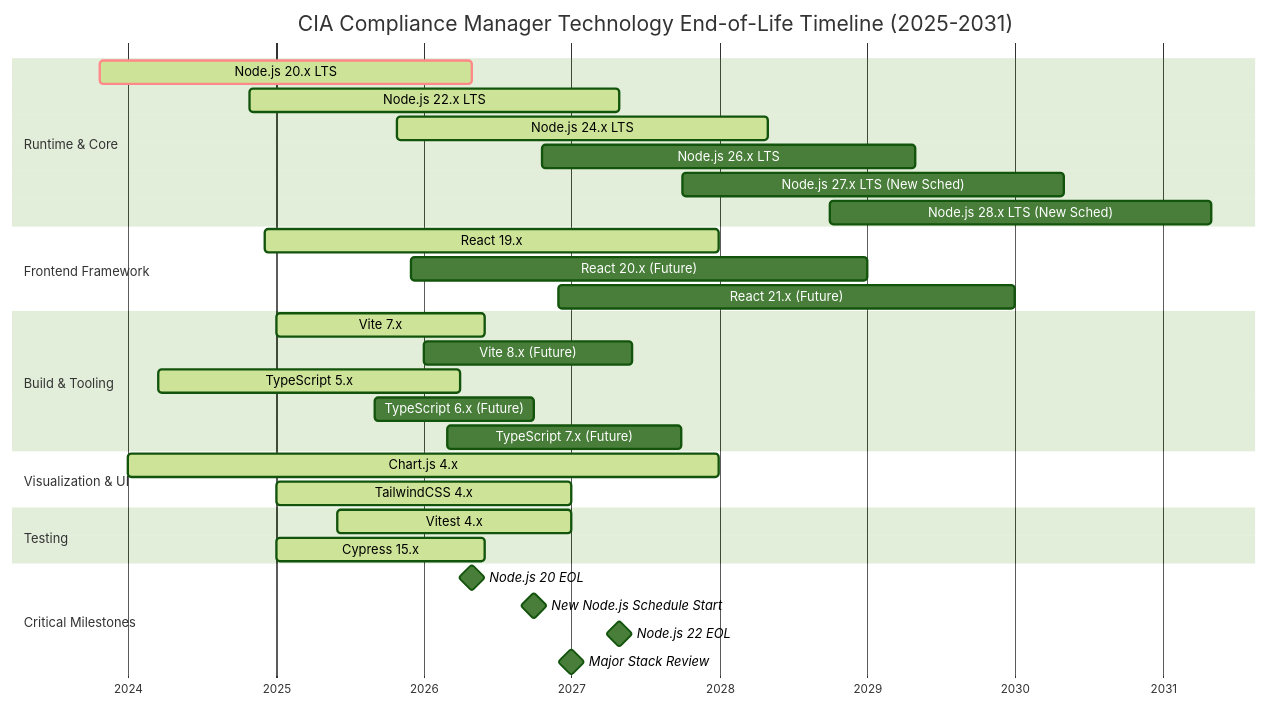
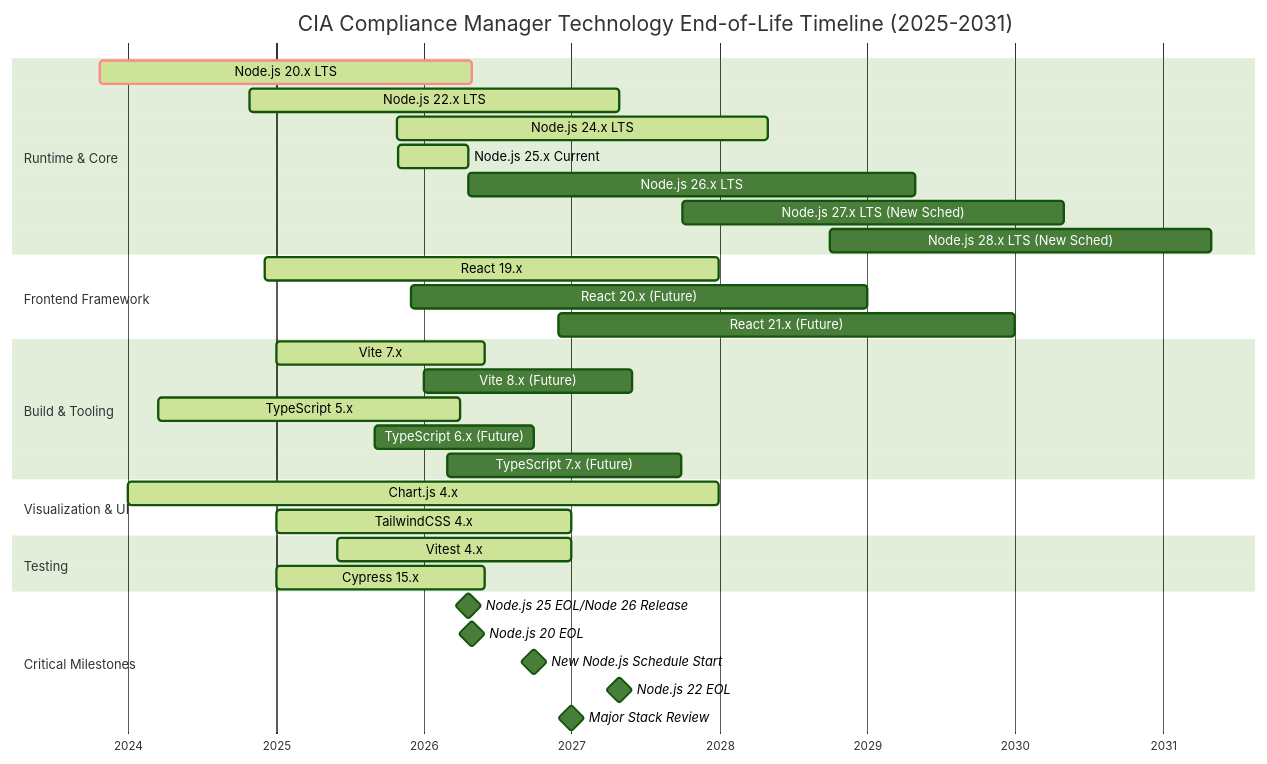
The fourth of 9 diagrams in docs/End-of-Life-Strategy.md (Hack23/cia-compliance-manager), drawn with Mermaid (forest theme) before and after one commit. The commit also changed other lines of this file and 11 other files, not shown here.

````diff
--- a/docs/End-of-Life-Strategy.md
+++ b/docs/End-of-Life-Strategy.md
@@ -299,40 +341,42 @@
 ```mermaid
 gantt
     title CIA Compliance Manager Technology End-of-Life Timeline (2025-2031)
     dateFormat YYYY-MM-DD
     axisFormat %Y
 
     section Runtime & Core
     Node.js 20.x LTS          :crit, active, node20, 2023-10-24, 2026-04-30
     Node.js 22.x LTS          :active, node22, 2024-10-29, 2027-04-30
     Node.js 24.x LTS          :active, node24, 2025-10-28, 2028-04-30
-    Node.js 26.x LTS          :node26, 2026-10-20, 2029-04-30
+    Node.js 25.x Current      :active, node25, 2025-10-29, 2026-04-21
+    Node.js 26.x LTS          :node26, 2026-04-21, 2029-04-30
     Node.js 27.x LTS (New Sched) :node27, 2027-10-01, 2030-04-30
     Node.js 28.x LTS (New Sched) :node28, 2028-10-01, 2031-04-30
 
     section Frontend Framework
     React 19.x                :active, react19, 2024-12-05, 2027-12-31
     React 20.x (Future)       :react20, 2025-12-01, 2028-12-31
     React 21.x (Future)       :react21, 2026-12-01, 2029-12-31
 
     section Build & Tooling
     Vite 7.x                  :active, vite7, 2025-01-01, 2026-06-01
     Vite 8.x (Future)         :vite8, 2026-01-01, 2027-06-01
     TypeScript 5.x            :active, ts5, 2024-03-16, 2026-03-31
     TypeScript 6.x (Future)   :ts6, 2025-09-01, 2026-09-30
     TypeScript 7.x (Future)   :ts7, 2026-03-01, 2027-09-30
 
     section Visualization & UI
     Chart.js 4.x              :active, chartjs4, 2024-01-01, 2027-12-31
     TailwindCSS 4.x           :active, tailwind4, 2025-01-01, 2027-01-01
 
     section Testing
     Vitest 4.x                :active, vitest4, 2025-06-01, 2026-12-31
     Cypress 15.x              :active, cypress15, 2025-01-01, 2026-06-01
 
     section Critical Milestones
+    Node.js 25 EOL/Node 26 Release:milestone, node25eol, 2026-04-21, 0d
     Node.js 20 EOL            :milestone, node20eol, 2026-04-30, 0d
     New Node.js Schedule Start :milestone, newschedstart, 2026-10-01, 0d
     Node.js 22 EOL            :milestone, node22eol, 2027-04-30, 0d
     Major Stack Review        :milestone, stackreview, 2027-01-01, 0d
 ```
````
